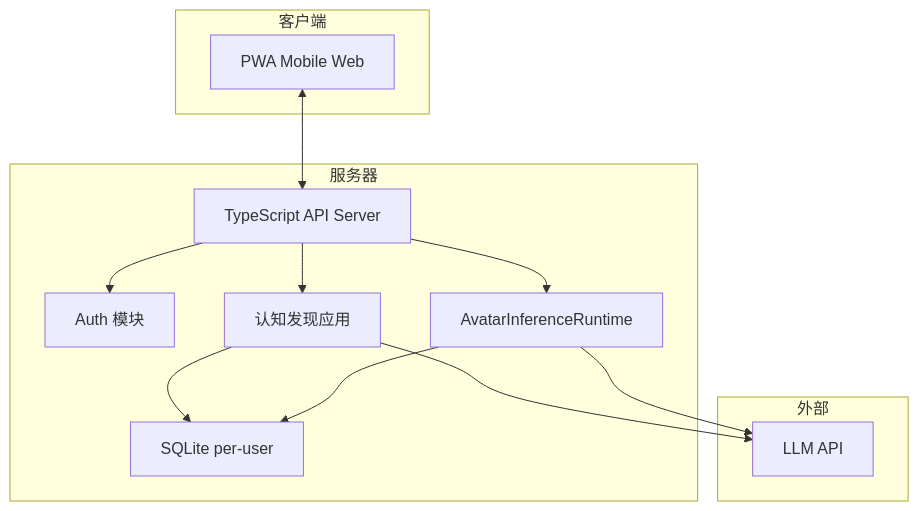
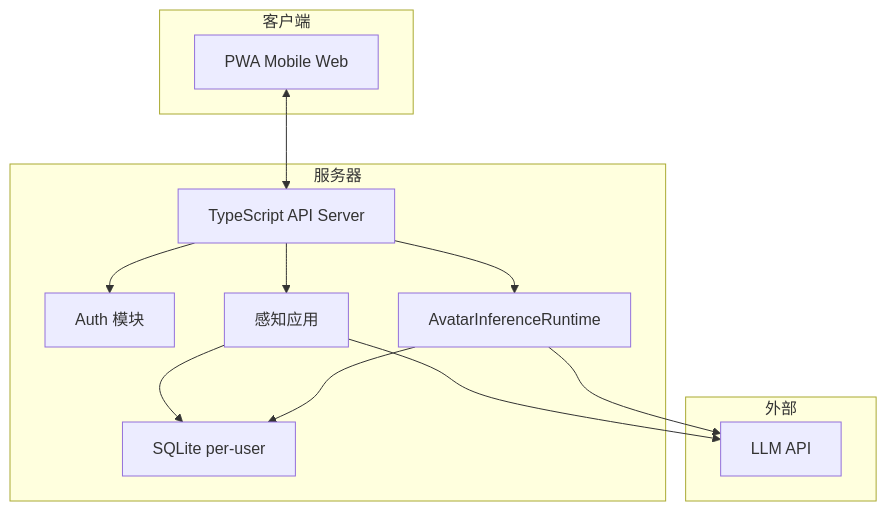
One commit to zccz14/ReMi changed the third of 3 diagrams in README.md. Above: the diagram before and after it, drawn with Mermaid. The commit also changed other lines of this file and 11 other files, not shown here.

````diff
--- a/README.md
+++ b/README.md
@@ -124,24 +125,24 @@
 ```mermaid
 graph TB
     subgraph 客户端
         A[PWA Mobile Web]
     end
     subgraph 服务器
         B[TypeScript API Server]
         C[Auth 模块]
-        D[认知发现应用]
+        D[感知应用]
         E[AvatarInferenceRuntime]
         G[SQLite per-user]
     end
     subgraph 外部
         H[LLM API]
     end
     A <--> B
     B --> C
     B --> D
     B --> E
     D --> G
     E --> G
     D --> H
     E --> H
 ```
````
